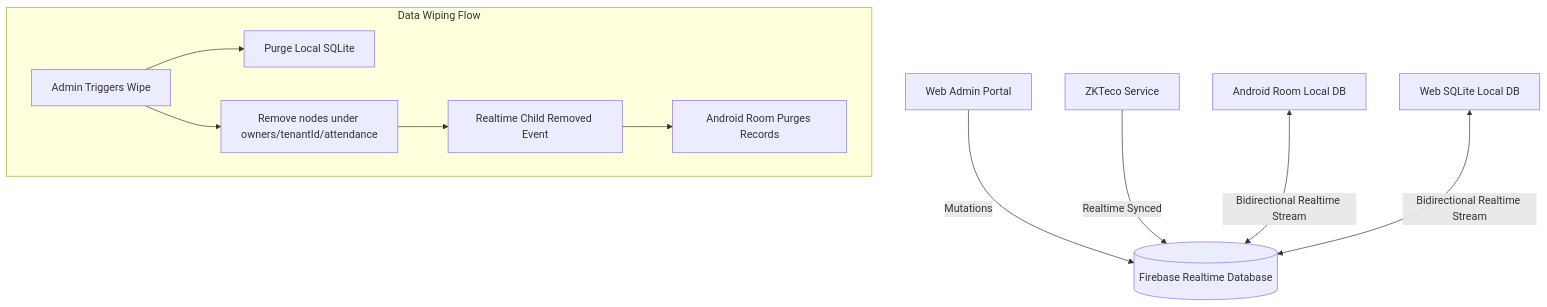
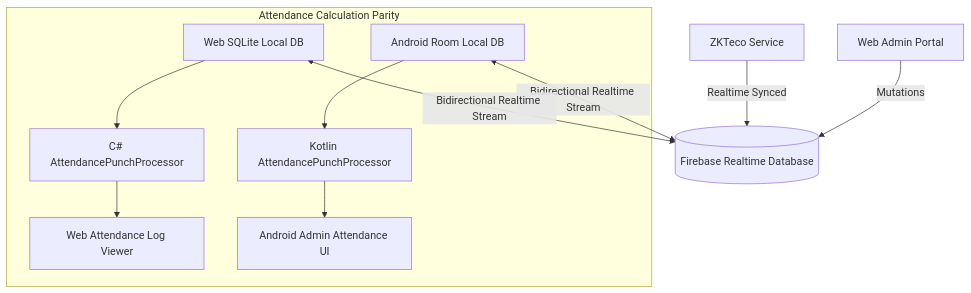
Before and after one commit to vscodeai001-dotcom/BioMetric-Payroll: the second of 2 diagrams in Docs/1200-U_HYBRID_ATTENDANCE_PRIORITY_FALLBACK_SPECIFICATION.md, drawn with Mermaid. The commit also changed other lines of this file and 8 other files, not shown here.

````diff
--- a/Docs/1200-U_HYBRID_ATTENDANCE_PRIORITY_FALLBACK_SPECIFICATION.md
+++ b/Docs/1200-U_HYBRID_ATTENDANCE_PRIORITY_FALLBACK_SPECIFICATION.md
@@ -266,14 +326,14 @@
 ```mermaid
 graph TD
     AdminUI[Web Admin Portal] -->|Mutations| FirebaseSSOT[(Firebase Realtime Database)]
     Machine[ZKTeco Service] -->|Realtime Synced| FirebaseSSOT
     AndroidApp[Android Room Local DB] <-->|Bidirectional Realtime Stream| FirebaseSSOT
     WebCache[Web SQLite Local DB] <-->|Bidirectional Realtime Stream| FirebaseSSOT
     
-    subgraph Data Wiping Flow
-        WipeCommand[Admin Triggers Wipe] --> ClearSQLite[Purge Local SQLite]
-        WipeCommand --> ClearFirebase[Remove nodes under owners/tenantId/attendance]
-        ClearFirebase --> StreamDelete[Realtime Child Removed Event]
-        StreamDelete --> ClearRoom[Android Room Purges Records]
+    subgraph Attendance Calculation Parity
+        WebCache --> WebProcessor[C# AttendancePunchProcessor]
+        AndroidApp --> AndroidProcessor[Kotlin AttendancePunchProcessor]
+        WebProcessor --> WebUI[Web Attendance Log Viewer]
+        AndroidProcessor --> AndroidUI[Android Admin Attendance UI]
     end
 ```
````
